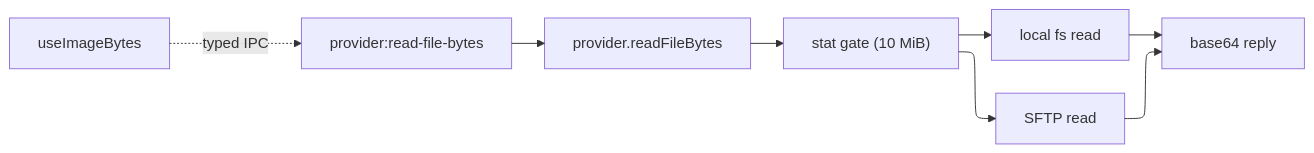
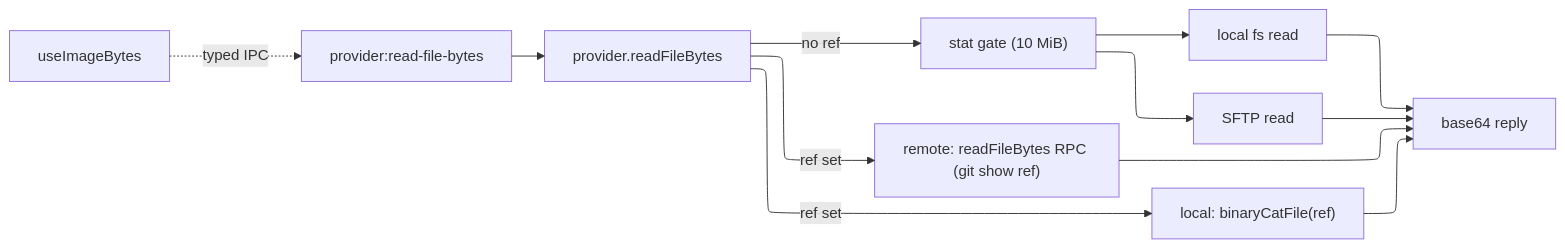
One commit to sputnik13/agent_cockpit changed the ninth of 10 diagrams in docs/ARCHITECTURE.md. Above: the diagram before and after it, drawn with Mermaid. The commit also changed other lines of this file and 81 other files, not shown here.

````diff
--- a/docs/ARCHITECTURE.md
+++ b/docs/ARCHITECTURE.md
@@ -1234,17 +1504,22 @@
 ```mermaid
 ---
 config:
   layout: elk
 ---
 flowchart LR
   UI["useImageBytes"]
   IPC["provider:read-file-bytes"]
   RB["provider.readFileBytes"]
   ST["stat gate (10 MiB)"]
   LF["local fs read"]
   SF["SFTP read"]
+  GC["local: binaryCatFile(ref)"]
+  RPC["remote: readFileBytes RPC (git show ref)"]
   B64["base64 reply"]
-  UI -. typed IPC .-> IPC --> RB --> ST
+  UI -. typed IPC .-> IPC --> RB
+  RB -- "no ref" --> ST
   ST --> LF --> B64
   ST --> SF --> B64
+  RB -- "ref set" --> GC --> B64
+  RB -- "ref set" --> RPC --> B64
 ```
````
